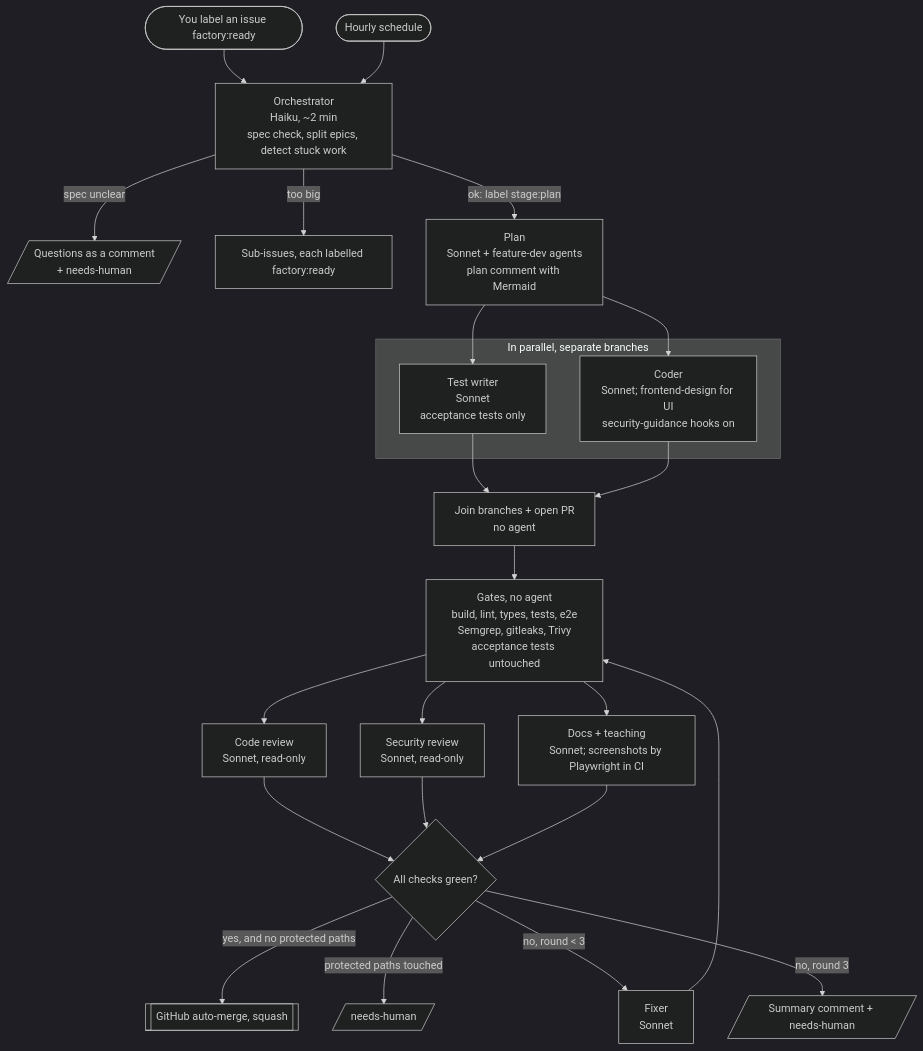
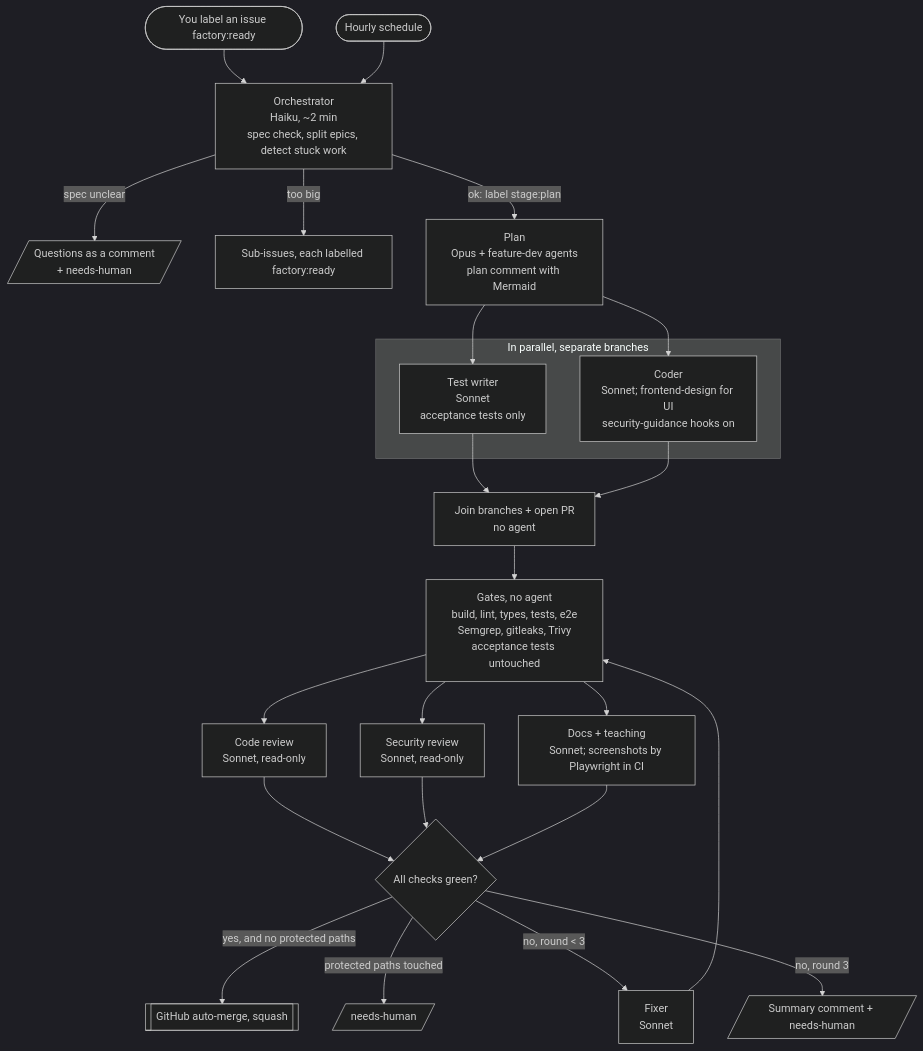
One commit to fjfj4/coding-factory changed the first of 2 diagrams in docs/plan-v2.md. Above: the diagram before and after it, drawn with Mermaid (dark theme). The commit also changed other lines of this file and 2 other files, not shown here.

Commit message:
docs(#21): run the planner on Opus, including its subagents

````diff
--- a/docs/plan-v2.md
+++ b/docs/plan-v2.md
@@ -13,23 +13,23 @@
 ```mermaid
 flowchart TD
   you([You label an issue factory:ready]) --> orch
   cron([Hourly schedule]) --> orch
   orch["Orchestrator<br/>Haiku, ~2 min<br/>spec check, split epics, detect stuck work"]
   orch -->|spec unclear| human1[/"Questions as a comment<br/>+ needs-human"/]
   orch -->|too big| split["Sub-issues, each labelled factory:ready"]
   orch -->|ok: label stage:plan| plan
-  plan["Plan<br/>Sonnet + feature-dev agents<br/>plan comment with Mermaid"]
+  plan["Plan<br/>Opus + feature-dev agents<br/>plan comment with Mermaid"]
   plan --> tests & code
   subgraph parallel[In parallel, separate branches]
     tests["Test writer<br/>Sonnet<br/>acceptance tests only"]
     code["Coder<br/>Sonnet; frontend-design for UI<br/>security-guidance hooks on"]
   end
   tests & code --> join["Join branches + open PR<br/>no agent"]
   join --> gates["Gates, no agent<br/>build, lint, types, tests, e2e<br/>Semgrep, gitleaks, Trivy<br/>acceptance tests untouched"]
   gates --> cr["Code review<br/>Sonnet, read-only"] & sr["Security review<br/>Sonnet, read-only"] & docs["Docs + teaching<br/>Sonnet; screenshots by Playwright in CI"]
   cr & sr & docs --> decide{All checks green?}
   decide -->|yes, and no protected paths| merge[["GitHub auto-merge, squash"]]
   decide -->|protected paths touched| human2[/"needs-human"/]
   decide -->|no, round < 3| fix["Fixer<br/>Sonnet"] --> gates
   decide -->|no, round 3| human3[/"Summary comment + needs-human"/]
 ```
````
